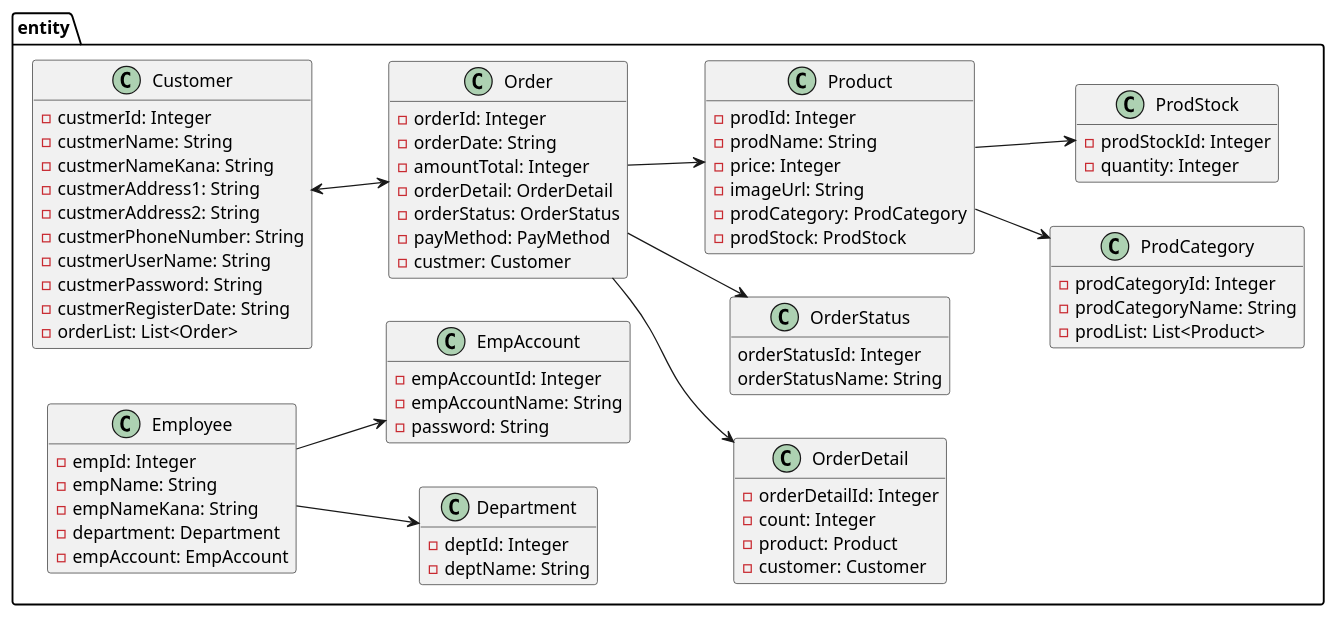
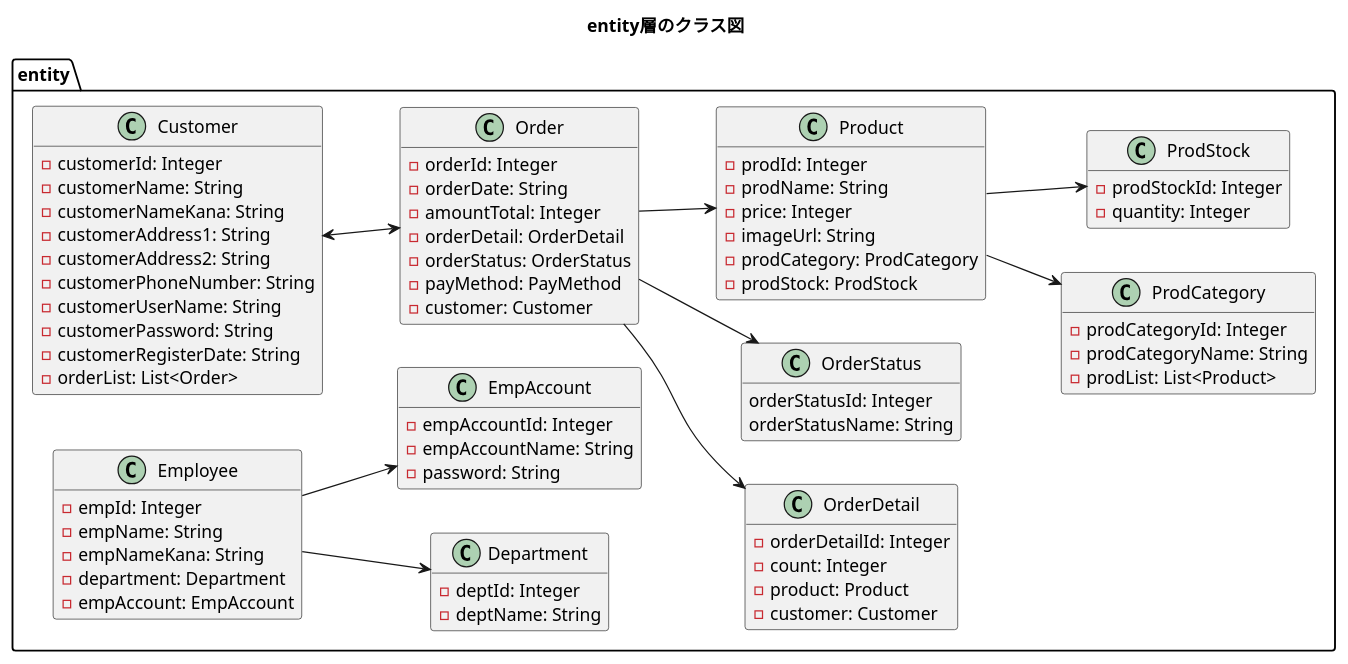
Before and after one commit to kanavii3333/ec-b: the diagram in plan/uml/class/entity.plantuml, drawn with PlantUML. The commit also changed 5 other files, not shown here.

Commit message:
全体クラス図　その他修正

```diff
--- a/plan/uml/class/entity.plantuml
+++ b/plan/uml/class/entity.plantuml
@@ -1,90 +1,90 @@
 @startuml
-
+title entity層のクラス図
 hide empty members
 left to right direction
 
 package entity{
     class Customer{
-        -custmerId: Integer
-        -custmerName: String
-        -custmerNameKana: String
-        -custmerAddress1: String
-        -custmerAddress2: String
-        -custmerPhoneNumber: String
-        -custmerUserName: String
-        -custmerPassword: String
-        -custmerRegisterDate: String
+        -customerId: Integer
+        -customerName: String
+        -customerNameKana: String
+        -customerAddress1: String
+        -customerAddress2: String
+        -customerPhoneNumber: String
+        -customerUserName: String
+        -customerPassword: String
+        -customerRegisterDate: String
         -orderList: List<Order>
     }
 
     class Order{
         -orderId: Integer
         -orderDate: String
         -amountTotal: Integer
         -orderDetail: OrderDetail
         -orderStatus: OrderStatus
         -payMethod: PayMethod
-        -custmer: Customer
+        -customer: Customer
     }
 
     class OrderDetail{
         -orderDetailId: Integer
         -count: Integer
         -product: Product
         -customer: Customer
     }
 
     class OrderStatus{
         orderStatusId: Integer
         orderStatusName: String
     }
 
     class Product{
         -prodId: Integer
         -prodName: String
         -price: Integer
         -imageUrl: String
         -prodCategory: ProdCategory
         -prodStock: ProdStock
     }
 
     class ProdCategory{
         -prodCategoryId: Integer
         -prodCategoryName: String
         -prodList: List<Product>
     }
 
     class ProdStock{
         -prodStockId: Integer
         -quantity: Integer
     }
 
     class Employee{
         -empId: Integer
         -empName: String
         -empNameKana: String
         -department: Department
         -empAccount: EmpAccount
     }
 
     class Department{
         -deptId: Integer
         -deptName: String
     }
 
     class EmpAccount{
         -empAccountId: Integer
         -empAccountName: String
         -password: String
     }
 }
 
 Customer <--> Order
 Order --> OrderStatus
 Order --> OrderDetail
 Order --> Product
 Product --> ProdStock
 Product --> ProdCategory
 Employee --> EmpAccount
 Employee --> Department
 @enduml
```
